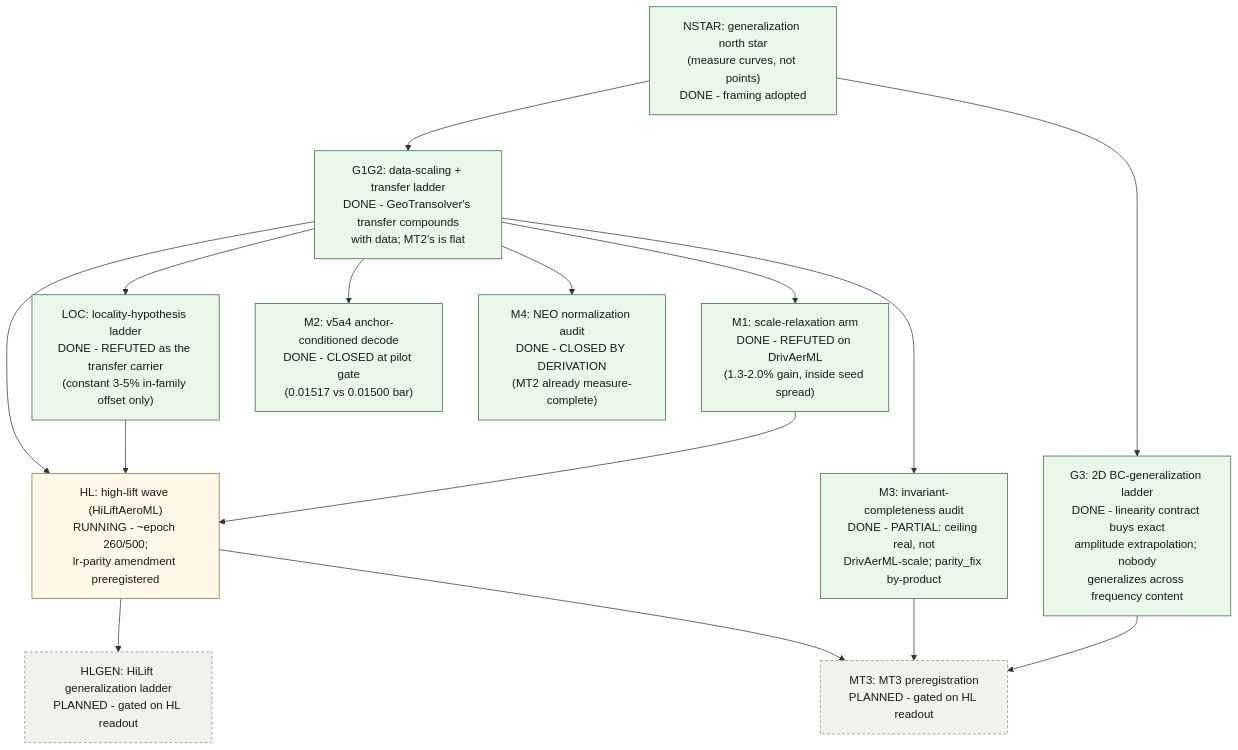
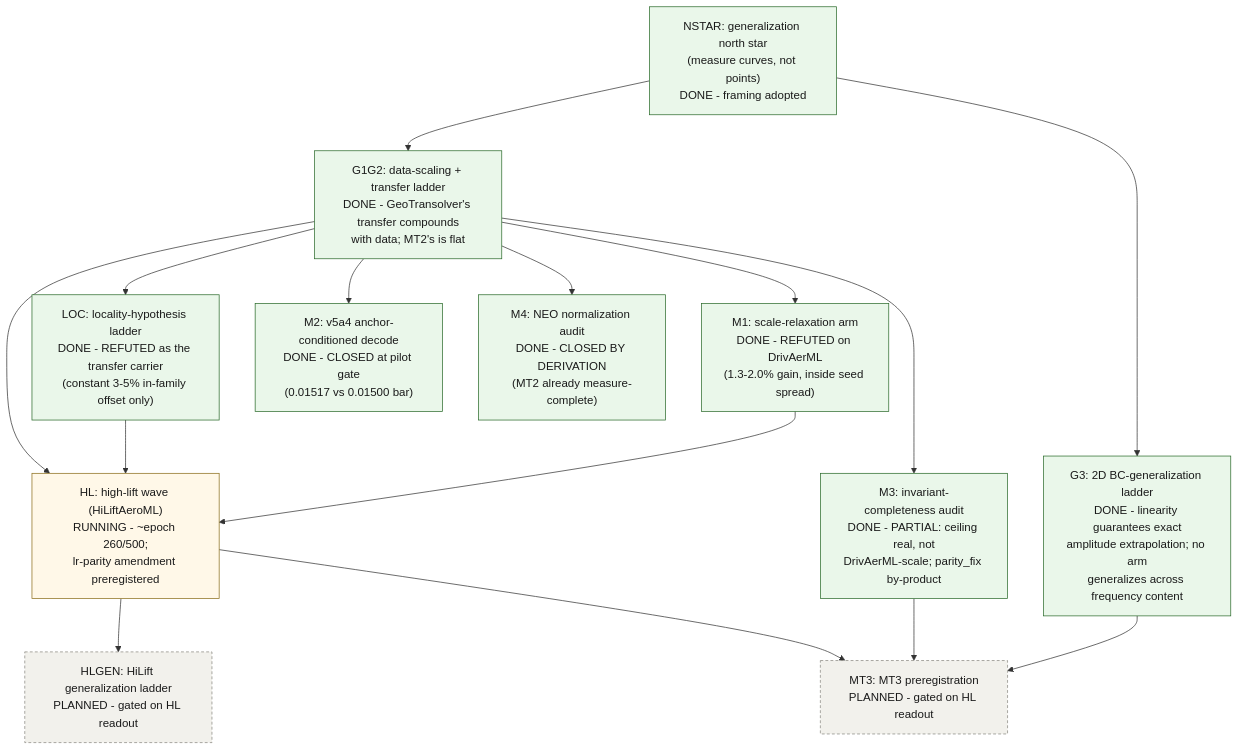
The diagram in examples/cfd/mesh_transformer/book/index.qmd (peterdsharpe/physicsnemo), drawn with Mermaid before and after one commit. The commit also changed other lines of this file and 27 other files, not shown here.

````diff
--- a/examples/cfd/mesh_transformer/book/index.qmd
+++ b/examples/cfd/mesh_transformer/book/index.qmd
@@ -474,38 +474,38 @@
 ```{mermaid}
 %%| fig-cap: >
 %%|   The generalization-campaign tech tree as of 2026-08-24. Green: done,
 %%|   with the verdict in the node. Amber: running. Gray dashed: planned,
 %%|   gated on an upstream readout. Every node has a ledger row below with
 %%|   its acceptance criterion and notebook evidence link.
 flowchart TB
     classDef done fill:#eaf7ea,stroke:#2a6a2a,color:#1a1a1a
     classDef running fill:#fff8e8,stroke:#8a6d1a,color:#1a1a1a
     classDef planned fill:#f2f1ec,stroke:#898781,color:#1a1a1a,stroke-dasharray:4 3
 
     NSTAR["NSTAR: generalization north star<br/>(measure curves, not points)<br/>DONE - framing adopted"]:::done
     G1G2["G1G2: data-scaling + transfer ladder<br/>DONE - GeoTransolver's transfer compounds<br/>with data; MT2's is flat"]:::done
     LOC["LOC: locality-hypothesis ladder<br/>DONE - REFUTED as the transfer carrier<br/>(constant 3-5% in-family offset only)"]:::done
     M1["M1: scale-relaxation arm<br/>DONE - REFUTED on DrivAerML<br/>(1.3-2.0% gain, inside seed spread)"]:::done
     M2["M2: v5a4 anchor-conditioned decode<br/>DONE - CLOSED at pilot gate<br/>(0.01517 vs 0.01500 bar)"]:::done
     M3["M3: invariant-completeness audit<br/>DONE - PARTIAL: ceiling real, not<br/>DrivAerML-scale; parity_fix by-product"]:::done
     M4["M4: NEO normalization audit<br/>DONE - CLOSED BY DERIVATION<br/>(MT2 already measure-complete)"]:::done
-    G3["G3: 2D BC-generalization ladder<br/>DONE - linearity contract buys exact<br/>amplitude extrapolation; nobody<br/>generalizes across frequency content"]:::done
+    G3["G3: 2D BC-generalization ladder<br/>DONE - linearity guarantees exact<br/>amplitude extrapolation; no arm<br/>generalizes across frequency content"]:::done
     HL["HL: high-lift wave (HiLiftAeroML)<br/>RUNNING - ~epoch 260/500;<br/>lr-parity amendment preregistered"]:::running
     HLGEN["HLGEN: HiLift generalization ladder<br/>PLANNED - gated on HL readout"]:::planned
     MT3["MT3: MT3 preregistration<br/>PLANNED - gated on HL readout"]:::planned
 
     NSTAR --> G1G2
     NSTAR --> G3
     G1G2 --> LOC
     G1G2 --> M1
     G1G2 --> M2
     G1G2 --> M3
     G1G2 --> M4
     G1G2 --> HL
     LOC --> HL
     M1 --> HL
     HL --> HLGEN
     HL --> MT3
     M3 --> MT3
     G3 --> MT3
 ```
````
